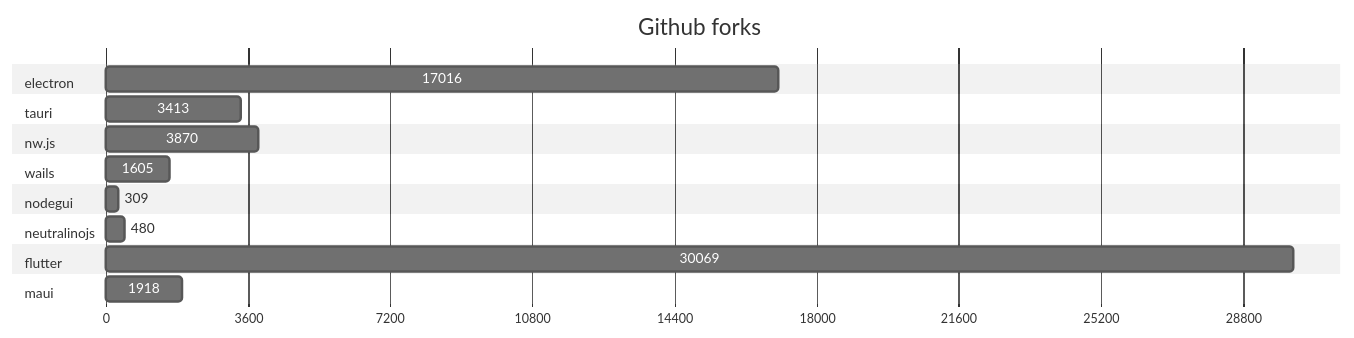
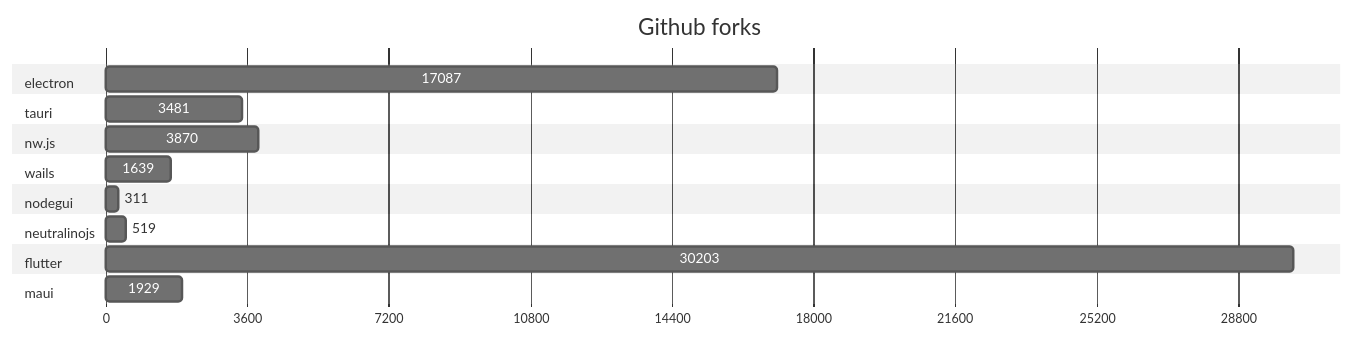
One commit to vlad-lubenskyi/web-to-desktop-framework-comparison changed the second of 2 diagrams in GRAPHS.md. Above: the diagram before and after it, drawn with Mermaid (neutral theme). The commit also changed other lines of this file and 2 other files, not shown here.

````diff
--- a/GRAPHS.md
+++ b/GRAPHS.md
@@ -47,40 +47,40 @@
 ```mermaid
 gantt
     title Github forks
     dateFormat  X
     axisFormat %s
 
 
 	section electron
-	17016 : 0, 17016
+	17087 : 0, 17087
 
 	
 	section tauri
-	3413 : 0, 3413
+	3481 : 0, 3481
 
 	
 	section nw.js
 	3870 : 0, 3870
 
 	
 	section wails
-	1605 : 0, 1605
+	1639 : 0, 1639
 
 	
 	section nodegui
-	309 : 0, 309
+	311 : 0, 311
 
 	
 	section neutralinojs
-	480 : 0, 480
+	519 : 0, 519
 
 	
 	section flutter
-	30069 : 0, 30069
+	30203 : 0, 30203
 
 	
 	section maui
-	1918 : 0, 1918
+	1929 : 0, 1929
 
 	
 ```
````
